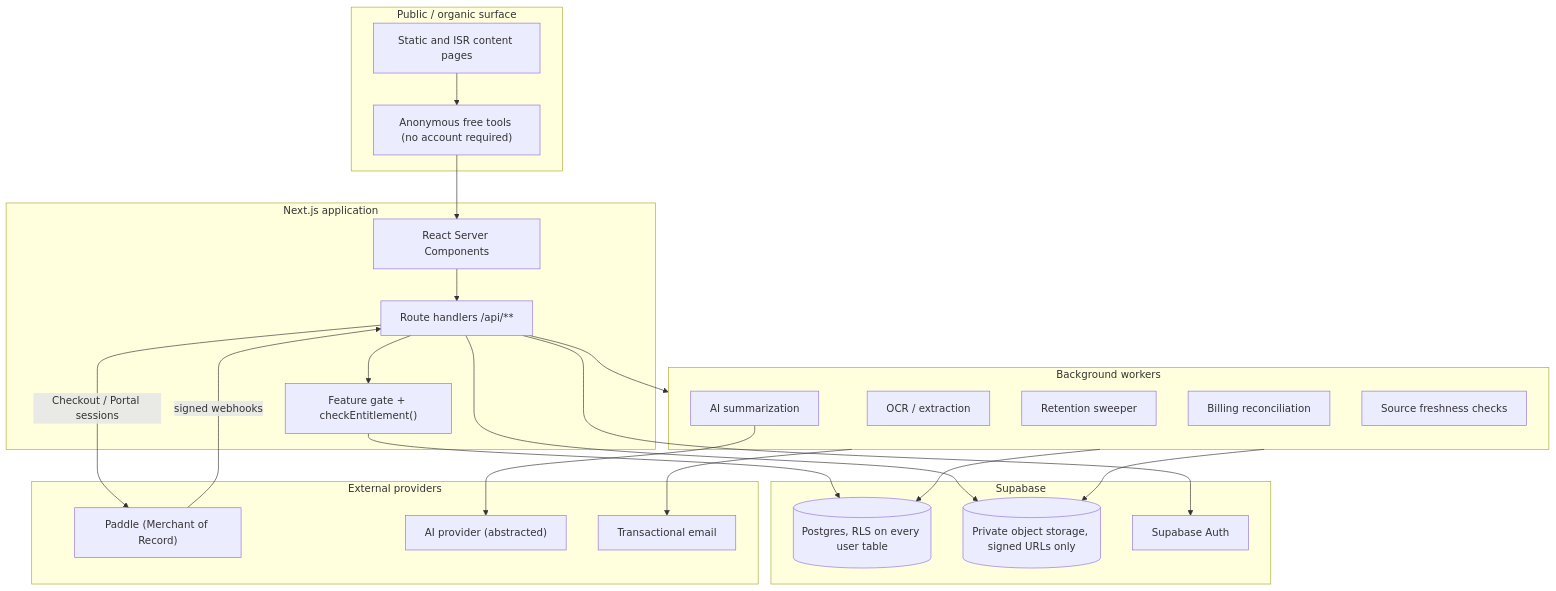
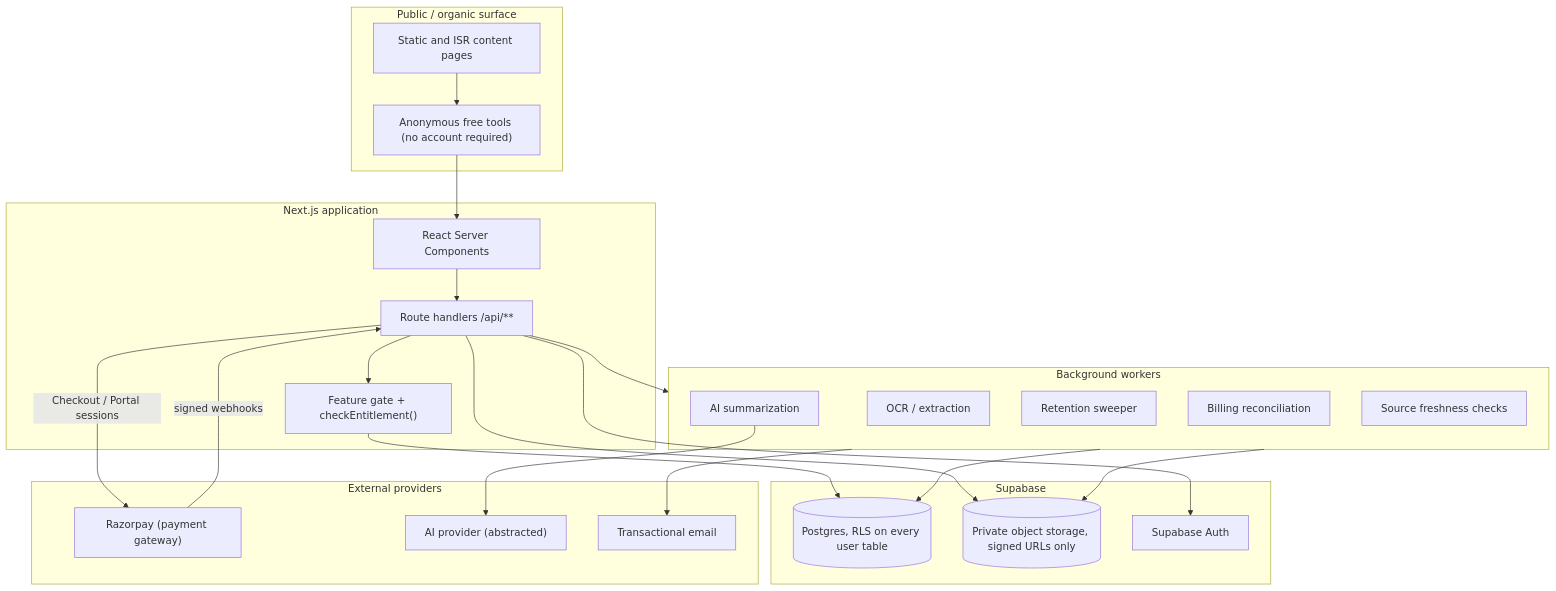
One commit to harshitkrhere/wintora changed the first of 7 diagrams in docs/ARCHITECTURE.md. Above: the diagram before and after it, drawn with Mermaid. The commit also changed other lines of this file and 70 other files, not shown here.

````diff
--- a/docs/ARCHITECTURE.md
+++ b/docs/ARCHITECTURE.md
@@ -49,46 +49,46 @@
 ```mermaid
 flowchart TB
   subgraph Public["Public / organic surface"]
     SEO["Static and ISR content pages"]
     TOOL["Anonymous free tools (no account required)"]
   end
 
   subgraph App["Next.js application"]
     RSC["React Server Components"]
     API["Route handlers /api/**"]
     GATE["Feature gate + checkEntitlement()"]
   end
 
   subgraph Data["Supabase"]
     PG[("Postgres, RLS on every user table")]
     STORE[("Private object storage, signed URLs only")]
     AUTH["Supabase Auth"]
   end
 
   subgraph Jobs["Background workers"]
     OCRQ["OCR / extraction"]
     AIQ["AI summarization"]
     RET["Retention sweeper"]
     REC["Billing reconciliation"]
     SRC["Source freshness checks"]
   end
 
   subgraph Ext["External providers"]
-      PAY["Paddle (Merchant of Record)"]
+      PAY["Razorpay (payment gateway)"]
     AIP["AI provider (abstracted)"]
     MAIL["Transactional email"]
   end
 
   SEO --> TOOL --> RSC
   RSC --> API --> GATE
   GATE --> PG
   API --> STORE
   API --> AUTH
   API --> Jobs
   Jobs --> PG
   Jobs --> STORE
   AIQ --> AIP
   PAY -- "signed webhooks" --> API
   API -- "Checkout / Portal sessions" --> PAY
   Jobs --> MAIL
 ```
````
